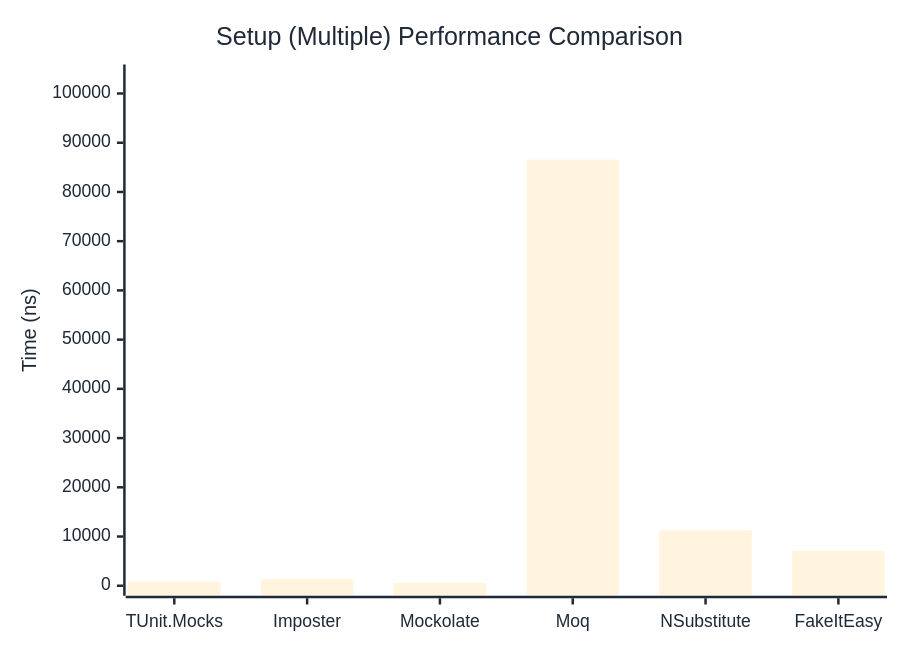
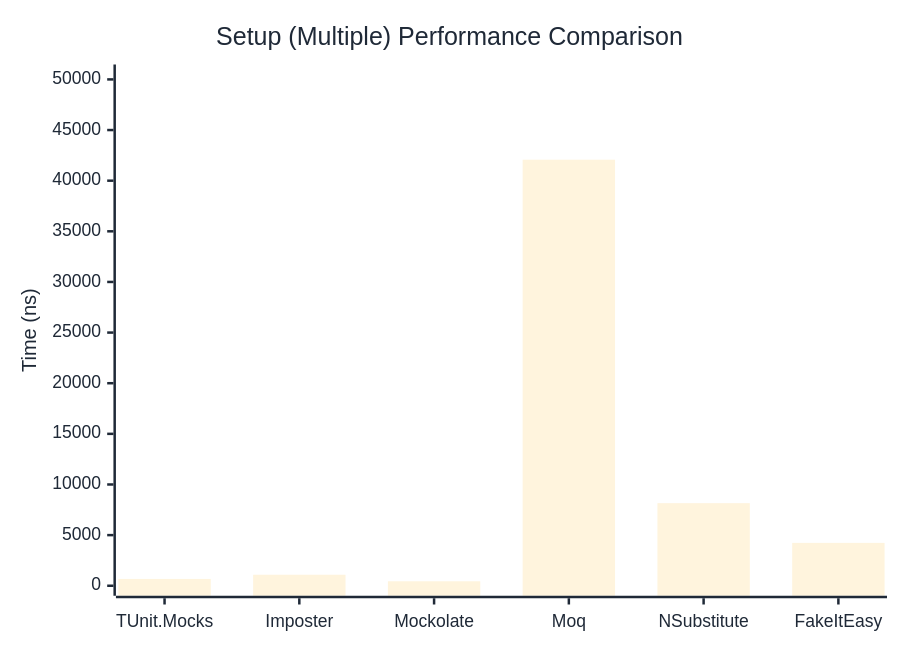
The second of 2 diagrams in docs/docs/benchmarks/mocks/Setup.md (thomhurst/TUnit), drawn with Mermaid before and after one commit. The commit also changed other lines of this file and 14 other files, not shown here.

````diff
--- a/docs/docs/benchmarks/mocks/Setup.md
+++ b/docs/docs/benchmarks/mocks/Setup.md
@@ -71,27 +71,27 @@
 ```mermaid
 %%{init: {
   'theme':'base',
   'themeVariables': {
     'primaryColor': '#2563eb',
     'primaryTextColor': '#1f2937',
     'primaryBorderColor': '#1e40af',
     'lineColor': '#6b7280',
     'secondaryColor': '#7c3aed',
     'tertiaryColor': '#dc2626',
     'background': '#ffffff',
     'pie1': '#2563eb',
     'pie2': '#7c3aed',
     'pie3': '#dc2626',
     'pie4': '#f59e0b',
     'pie5': '#10b981',
     'pie6': '#06b6d4',
     'pie7': '#ec4899',
     'pie8': '#6366f1'
   }
 }}%%
 xychart-beta
   title "Setup (Multiple) Performance Comparison"
   x-axis ["TUnit.Mocks", "Imposter", "Mockolate", "Moq", "NSubstitute", "FakeItEasy"]
-  y-axis "Time (ns)" 0 --> 103861
-  bar [814.7, 1331.2, 569.8, 86550.6, 11253.7, 7108.7]
+  y-axis "Time (ns)" 0 --> 50485
+  bar [674.2, 1087, 440.9, 42070.2, 8155.3, 4233]
 ```
````
